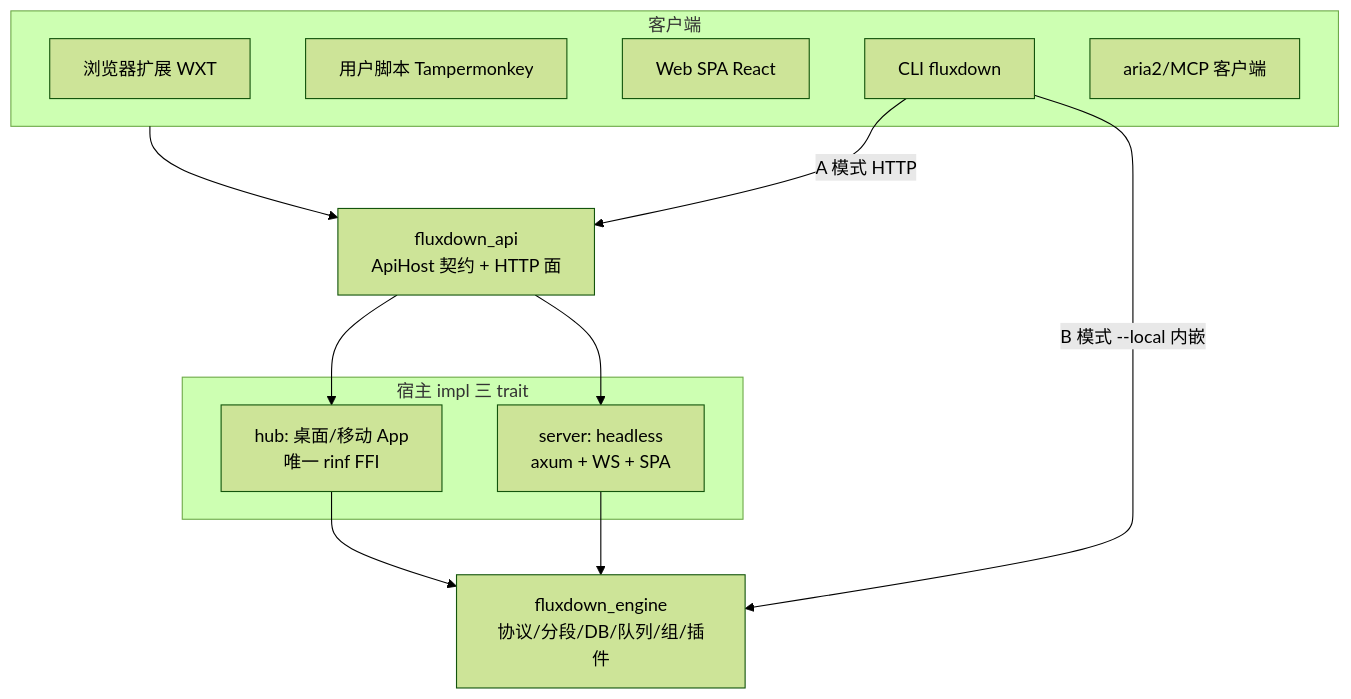
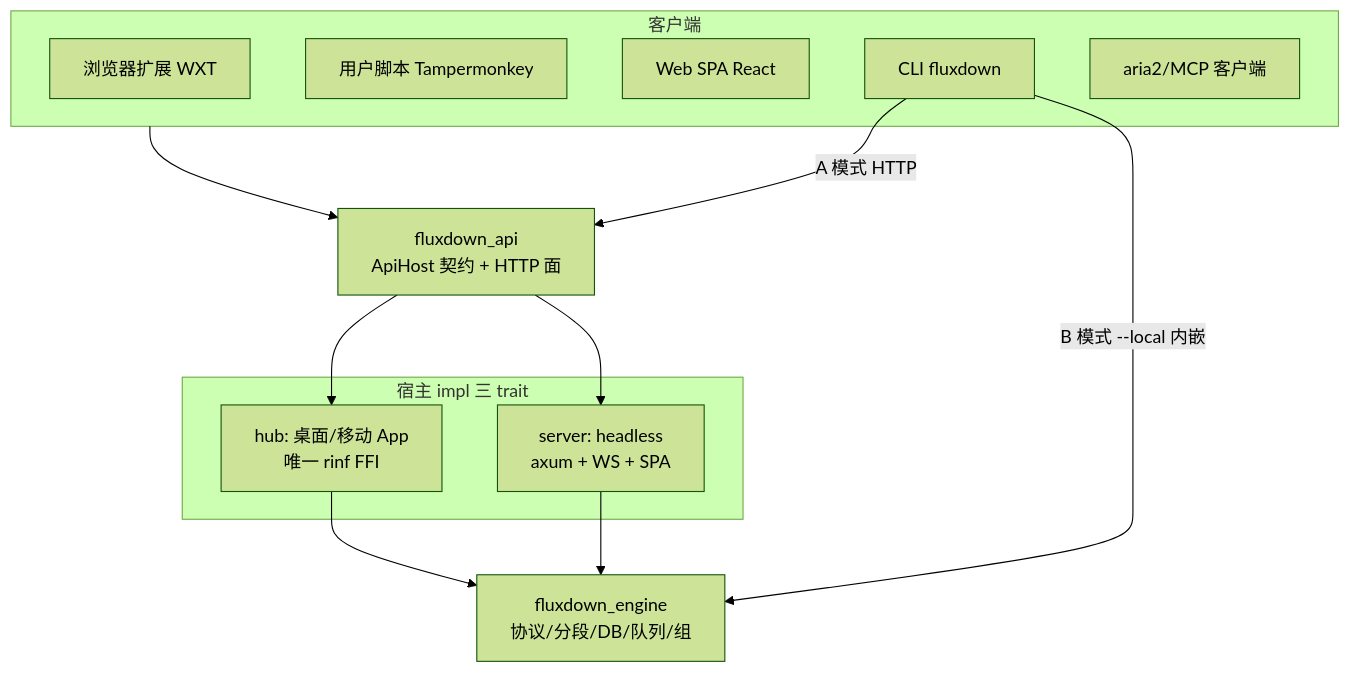
The diagram in .omp/knowledge/README.md (tsunehimatoi/FluxDownLocal), drawn with Mermaid (forest theme) before and after one commit. The commit also changed other lines of this file and 7 other files, not shown here.

````diff
--- a/.omp/knowledge/README.md
+++ b/.omp/knowledge/README.md
@@ -41,23 +42,23 @@
 ```mermaid
 flowchart TB
   subgraph clients[客户端]
     ext[浏览器扩展 WXT]
     us[用户脚本 Tampermonkey]
     web[Web SPA React]
     cli[CLI fluxdown]
     aria[aria2/MCP 客户端]
   end
   subgraph hosts[宿主 impl 三 trait]
     hub[hub: 桌面/移动 App<br/>唯一 rinf FFI]
     srv[server: headless<br/>axum + WS + SPA]
   end
   api[fluxdown_api<br/>ApiHost 契约 + HTTP 面]
-  eng[fluxdown_engine<br/>协议/分段/DB/队列/组/插件]
+  eng[fluxdown_engine<br/>协议/分段/DB/队列/组]
   clients --> api
   api --> hub
   api --> srv
   hub --> eng
   srv --> eng
   cli -->|A 模式 HTTP| api
   cli -->|B 模式 --local 内嵌| eng
 ```
````
